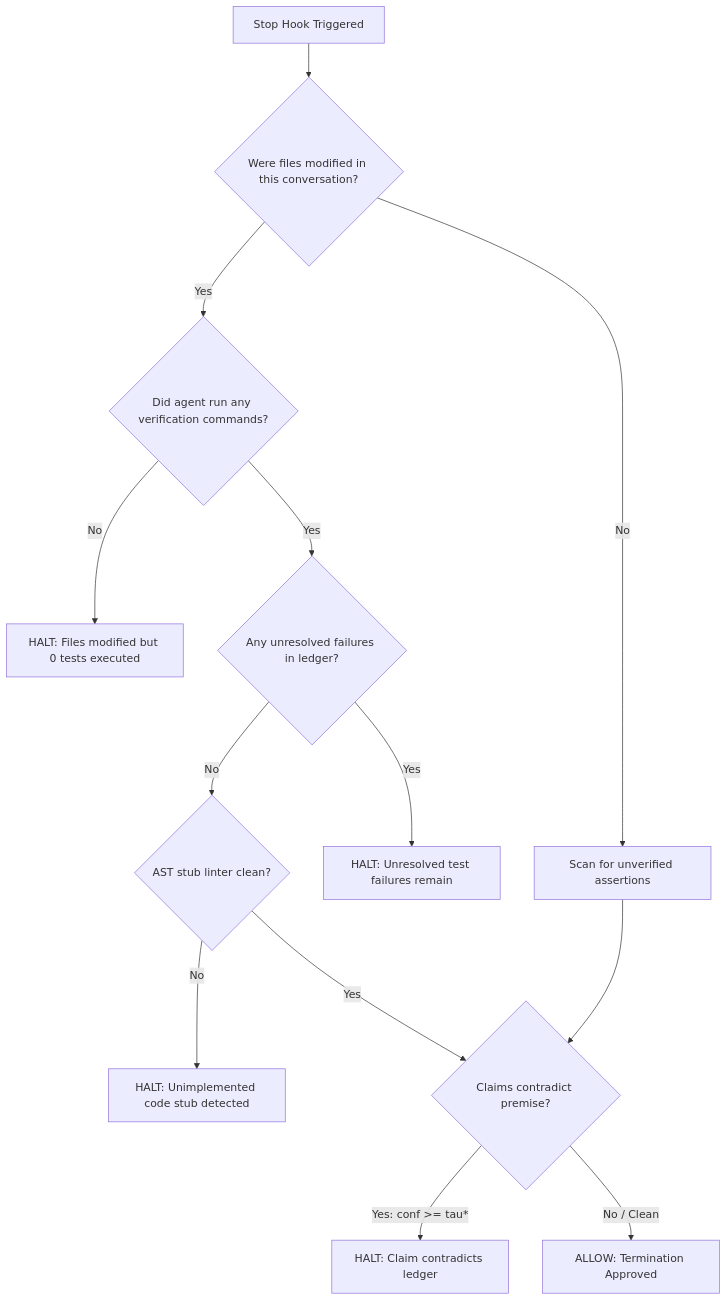
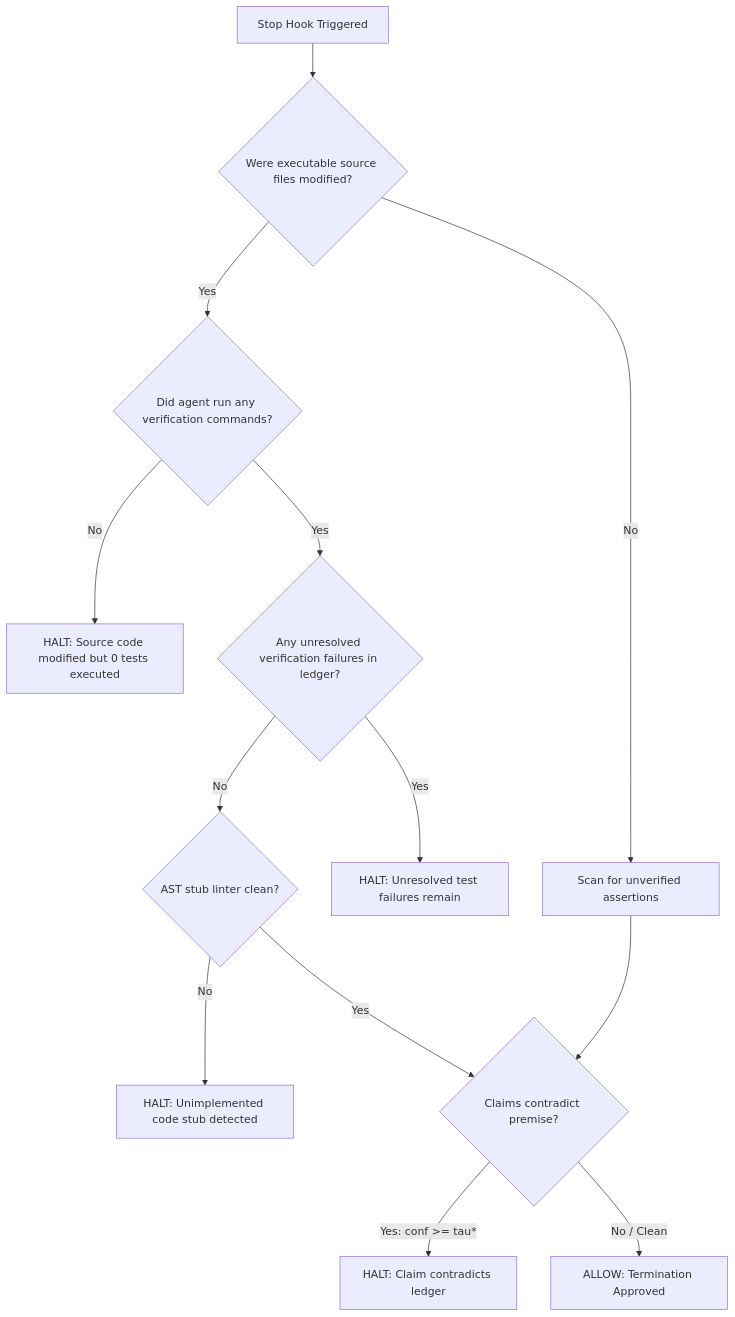
Before and after one commit to Vibherpunk/hardtruth: the second of 2 diagrams in docs/DESIGN_NOTE.md, drawn with Mermaid. The commit also changed other lines of this file, not shown here.

````diff
--- a/docs/DESIGN_NOTE.md
+++ b/docs/DESIGN_NOTE.md
@@ -184,19 +193,19 @@
 ```mermaid
 flowchart TD
-    Start[Stop Hook Triggered] --> CheckFiles{Were files modified in this conversation?}
+    Start[Stop Hook Triggered] --> CheckFiles{Were executable source files modified?}
     CheckFiles -->|Yes| CheckTests{Did agent run any verification commands?}
     CheckFiles -->|No| CheckReadOnlyClaims[Scan for unverified assertions]
     
-    CheckTests -->|No| HaltNoTests[HALT: Files modified but 0 tests executed]
-    CheckTests -->|Yes| CheckFailures{Any unresolved failures in ledger?}
+    CheckTests -->|No| HaltNoTests[HALT: Source code modified but 0 tests executed]
+    CheckTests -->|Yes| CheckFailures{Any unresolved verification failures in ledger?}
     
     CheckFailures -->|Yes| HaltFailures[HALT: Unresolved test failures remain]
     CheckFailures -->|No| CheckAST{AST stub linter clean?}
     
     CheckAST -->|No| HaltStubs[HALT: Unimplemented code stub detected]
     CheckAST -->|Yes| NLICheck{Claims contradict premise?}
     
     CheckReadOnlyClaims --> NLICheck
     NLICheck -->|Yes: conf >= tau*| HaltNLI[HALT: Claim contradicts ledger]
     NLICheck -->|No / Clean| Allow[ALLOW: Termination Approved]
 ```
````
